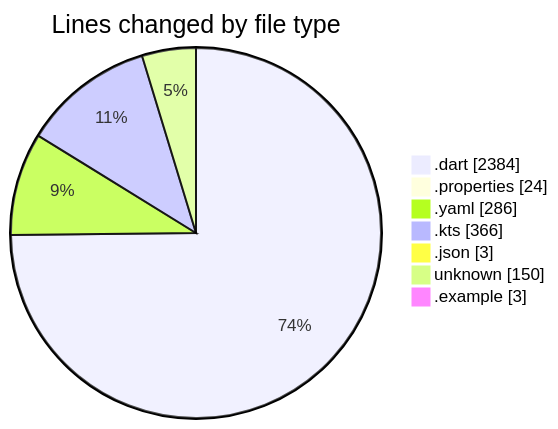
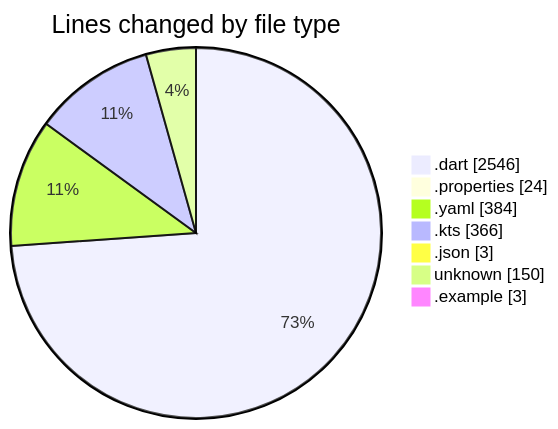
The first of 2 diagrams in 2025-10-31/weather_insights_app/README.md (donsfak/code-tracking), drawn with Mermaid before and after one commit. The commit also changed other lines of this file and 1 other file, not shown here.

````diff
--- a/2025-10-31/weather_insights_app/README.md
+++ b/2025-10-31/weather_insights_app/README.md
@@ -35,11 +35,11 @@
 ```mermaid
 pie showData
 title Lines changed by file type
-".dart" : 2384
+".dart" : 2546
 ".properties" : 24
-".yaml" : 286
+".yaml" : 384
 ".kts" : 366
 ".json" : 3
 "unknown" : 150
 ".example" : 3
 ```
````
